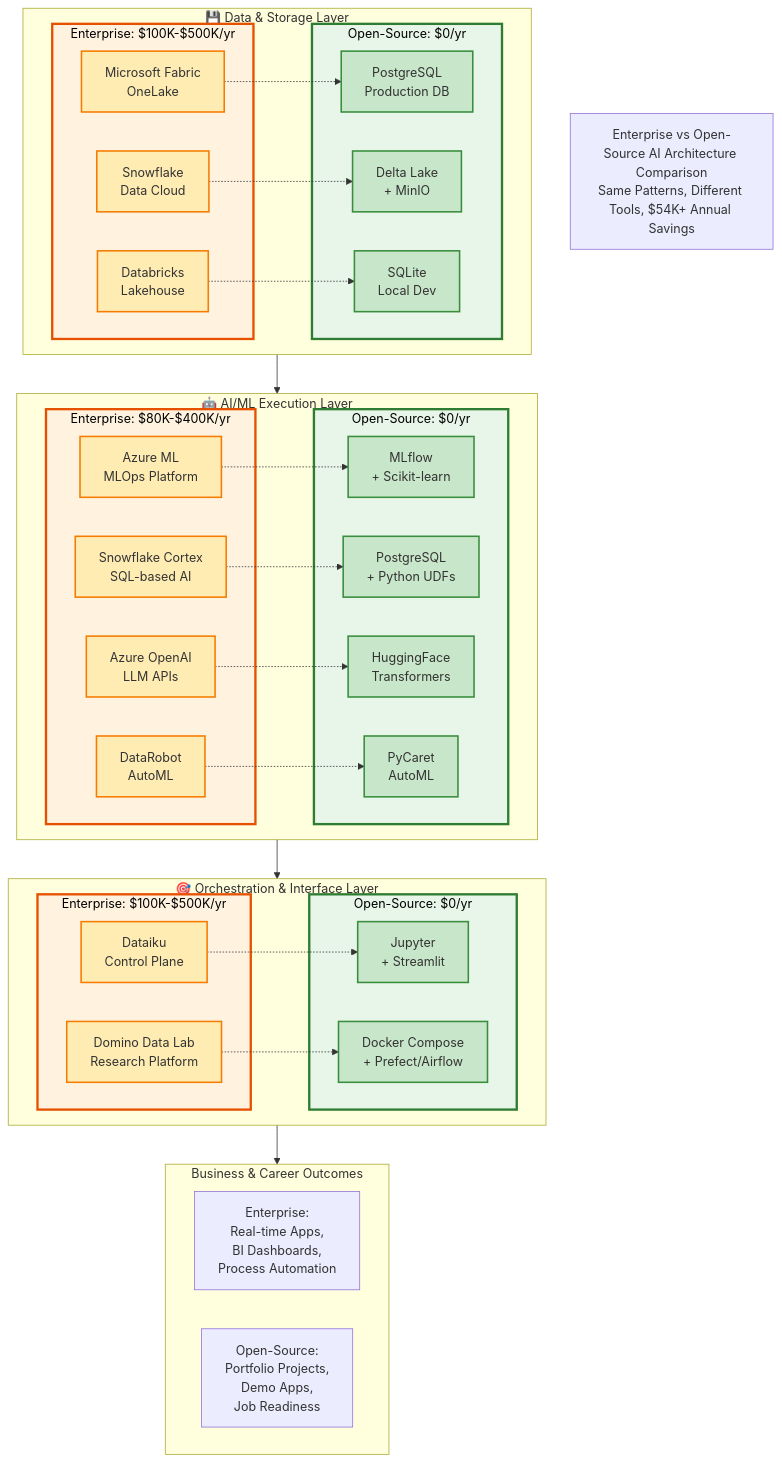
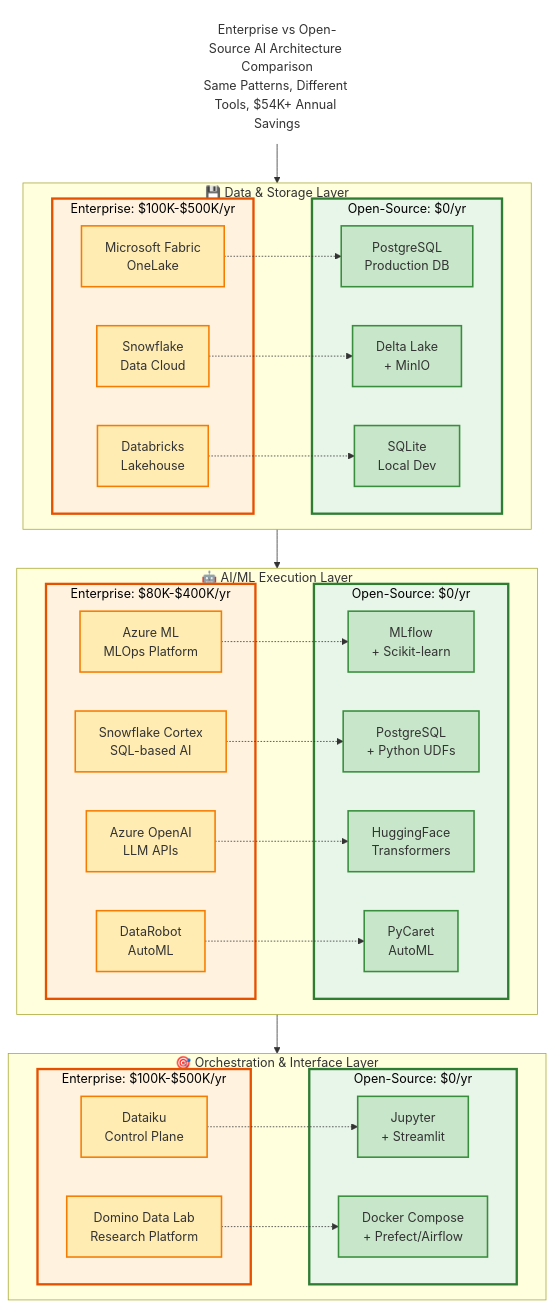
The diagram in ARCHITECTURE-COMPARISON.md (justin-mbca/enterprise-ai-workflows), drawn with Mermaid before and after one commit.

Commit message:
Mermaid: anchor title at top (link to layer1) and hide title node box

```diff
--- a/ARCHITECTURE-COMPARISON.md
+++ b/ARCHITECTURE-COMPARISON.md
@@ -6,6 +6,8 @@
 graph TB
     %% ========== TITLE ==========
     title[Enterprise vs Open-Source AI Architecture Comparison<br/>Same Patterns, Different Tools, $54K+ Annual Savings]
+    %% Position the title at the top and hide its box
+    style title fill:transparent,stroke:transparent
     
     
     
@@ -60,18 +62,11 @@
         end
     end
     
-    %% ========== OUTCOMES ==========
-    subgraph outcomes[Business & Career Outcomes]
-        direction LR
-        OUT1[Enterprise:<br/>Real-time Apps,<br/>BI Dashboards,<br/>Process Automation]
-        OUT2[Open-Source:<br/>Portfolio Projects,<br/>Demo Apps,<br/>Job Readiness]
-    end
-    
     %% ========== FLOW CONNECTIONS ==========
     
+    title --> layer1
     layer1 --> layer2
     layer2 --> layer3
-    layer3 --> outcomes
     
     %% ========== PATTERN MAPPING ==========
     E1A -.-> O1A
```
